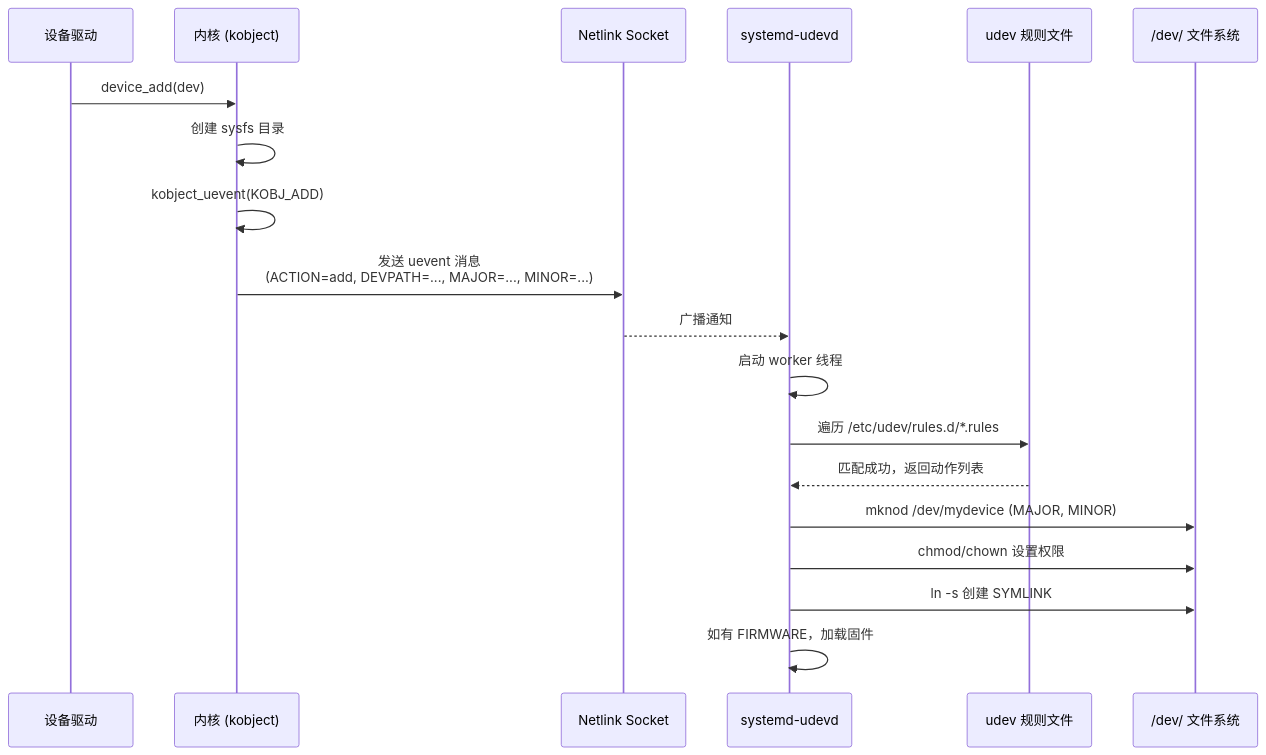
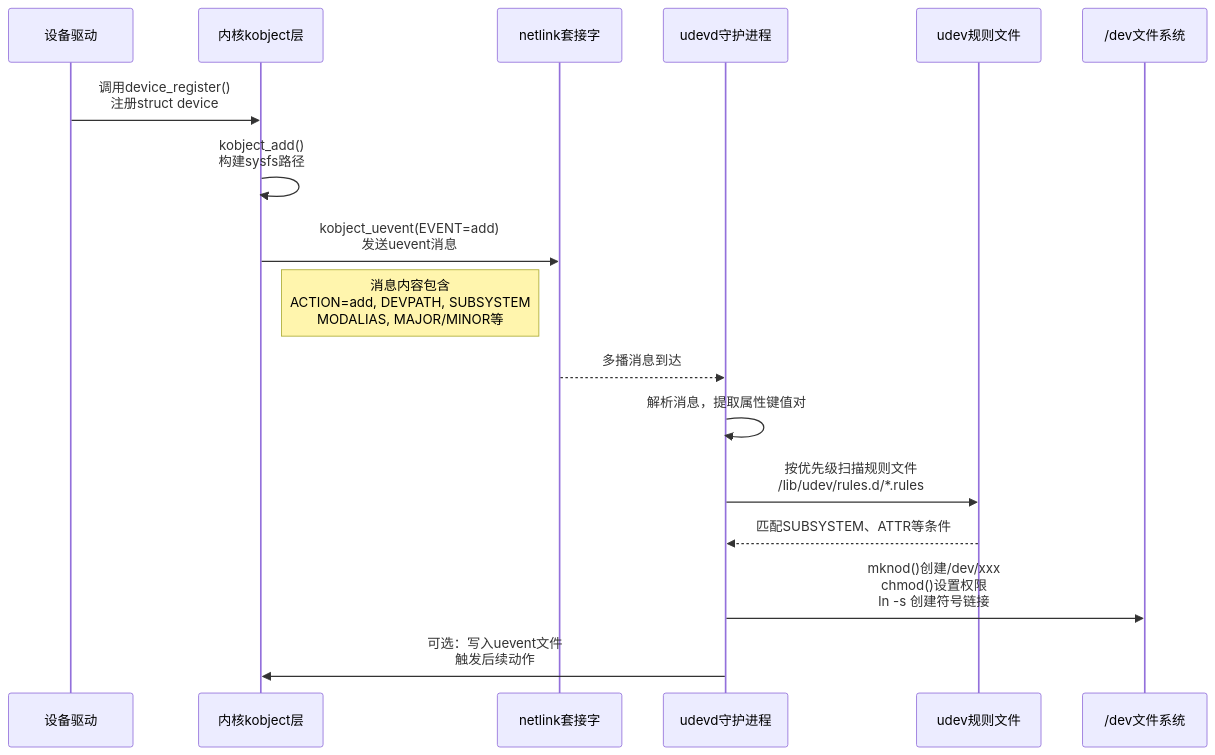
The diagram in docs/02-核心机制深度解析/第11章 设备模型/11.4.2.md (xiaohong0925/Embedded_Knowledge_System_V2026), drawn with Mermaid before and after one commit. The commit also changed other lines of this file and 19 other files, not shown here.

````diff
--- a/docs/02-核心机制深度解析/第11章 设备模型/11.4.2.md
+++ b/docs/02-核心机制深度解析/第11章 设备模型/11.4.2.md
@@ -145,22 +21,20 @@
 ```mermaid
 sequenceDiagram
     participant Driver as 设备驱动
-    participant Kernel as 内核 (kobject)
-    participant Netlink as Netlink Socket
-    participant Udevd as systemd-udevd
-    participant Rules as udev 规则文件
-    participant Dev as /dev/ 文件系统
+    participant Kernel as 内核kobject层
+    participant Netlink as netlink套接字
+    participant Udevd as udevd守护进程
+    participant Rules as udev规则文件
+    participant Devfs as /dev文件系统
 
-    Driver->>Kernel: device_add(dev)
-    Kernel->>Kernel: 创建 sysfs 目录
-    Kernel->>Kernel: kobject_uevent(KOBJ_ADD)
-    Kernel->>Netlink: 发送 uevent 消息<br/>(ACTION=add, DEVPATH=..., MAJOR=..., MINOR=...)
-    Netlink-->>Udevd: 广播通知
-    Udevd->>Udevd: 启动 worker 线程
-    Udevd->>Rules: 遍历 /etc/udev/rules.d/*.rules
-    Rules-->>Udevd: 匹配成功，返回动作列表
-    Udevd->>Dev: mknod /dev/mydevice (MAJOR, MINOR)
-    Udevd->>Dev: chmod/chown 设置权限
-    Udevd->>Dev: ln -s 创建 SYMLINK
-    Udevd->>Udevd: 如有 FIRMWARE，加载固件
+    Driver->>Kernel: 调用device_register()<br/>注册struct device
+    Kernel->>Kernel: kobject_add()<br/>构建sysfs路径
+    Kernel->>Netlink: kobject_uevent(EVENT=add)<br/>发送uevent消息
+    Note right of Kernel: 消息内容包含<br/>ACTION=add, DEVPATH, SUBSYSTEM<br/>MODALIAS, MAJOR/MINOR等
+    Netlink-->>Udevd: 多播消息到达
+    Udevd->>Udevd: 解析消息，提取属性键值对
+    Udevd->>Rules: 按优先级扫描规则文件<br/>/lib/udev/rules.d/*.rules
+    Rules-->>Udevd: 匹配SUBSYSTEM、ATTR等条件
+    Udevd->>Devfs: mknod()创建/dev/xxx<br/>chmod()设置权限<br/>ln -s 创建符号链接
+    Udevd->>Kernel: 可选：写入uevent文件<br/>触发后续动作
 ```
````
